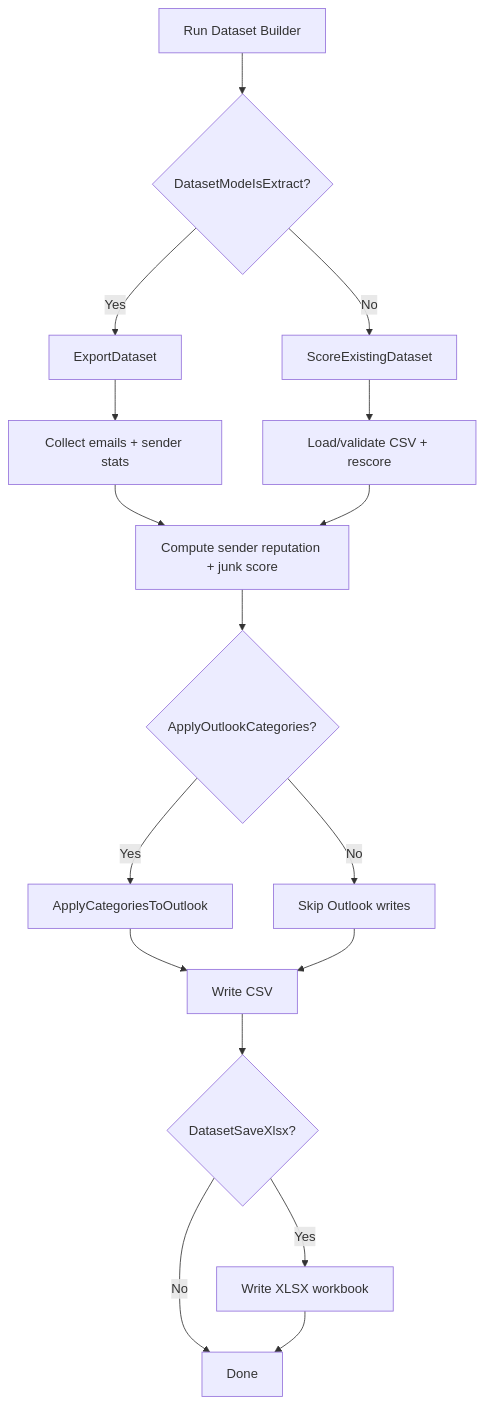
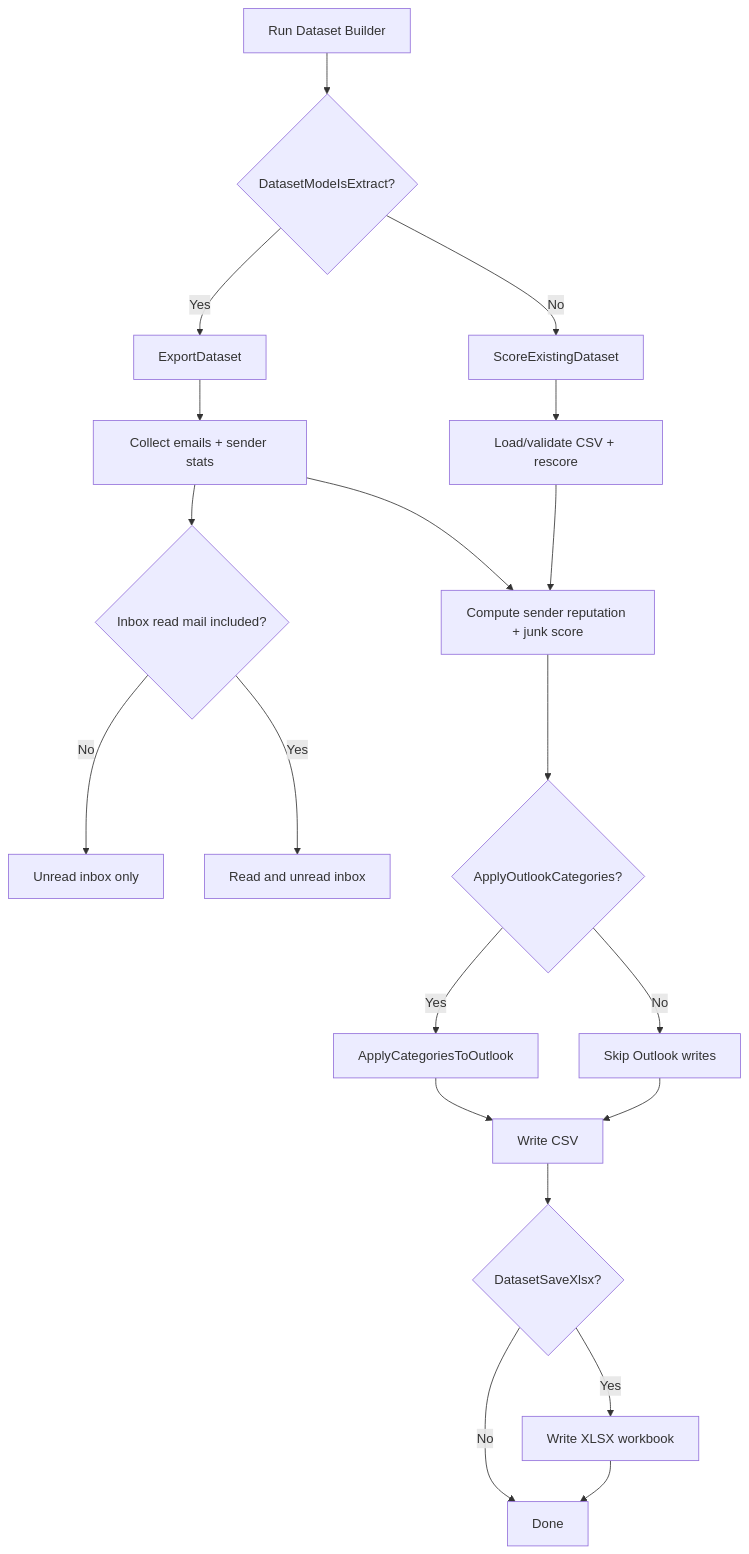
Before and after one commit to kbdarius/MailZen: the sixth of 6 diagrams in Docs/MailZen_Architecture_and_User_Manual.md, drawn with Mermaid. The commit also changed other lines of this file and 11 other files, not shown here.

````diff
--- a/Docs/MailZen_Architecture_and_User_Manual.md
+++ b/Docs/MailZen_Architecture_and_User_Manual.md
@@ -200,19 +201,22 @@
 ```mermaid
 flowchart TD
     A[Run Dataset Builder] --> B{DatasetModeIsExtract?}
     B -->|Yes| C[ExportDataset]
     B -->|No| D[ScoreExistingDataset]
     C --> E[Collect emails + sender stats]
     D --> F[Load/validate CSV + rescore]
+    E --> E1{Inbox read mail included?}
+    E1 -->|No| E2[Unread inbox only]
+    E1 -->|Yes| E3[Read and unread inbox]
     E --> G[Compute sender reputation + junk score]
     F --> G
     G --> H{ApplyOutlookCategories?}
     H -->|Yes| I[ApplyCategoriesToOutlook]
     H -->|No| J[Skip Outlook writes]
     I --> K[Write CSV]
     J --> K
     K --> L{DatasetSaveXlsx?}
     L -->|Yes| M[Write XLSX workbook]
     L -->|No| N[Done]
     M --> N
 ```
````
